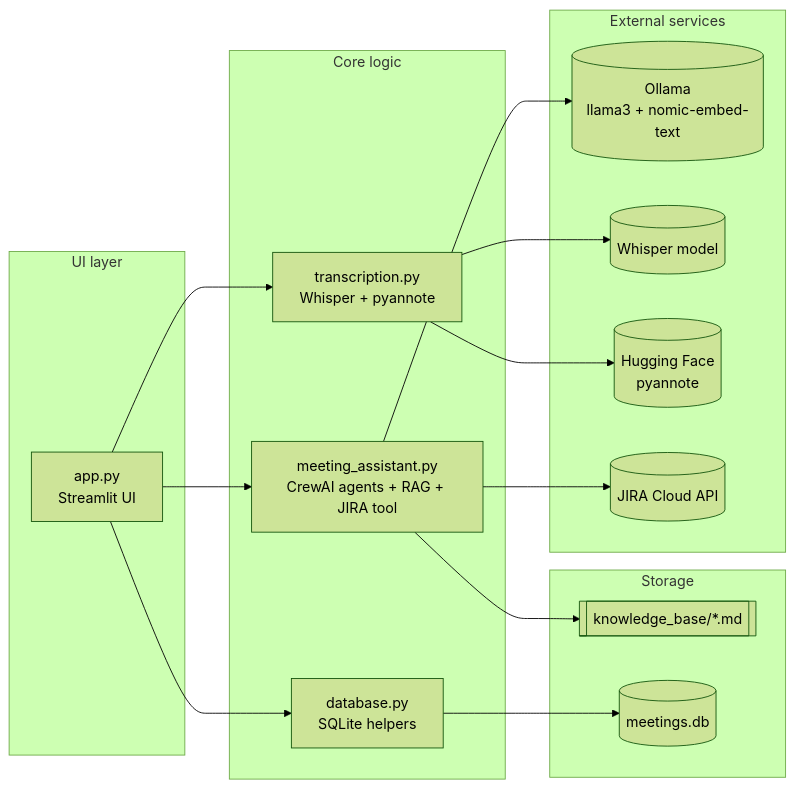
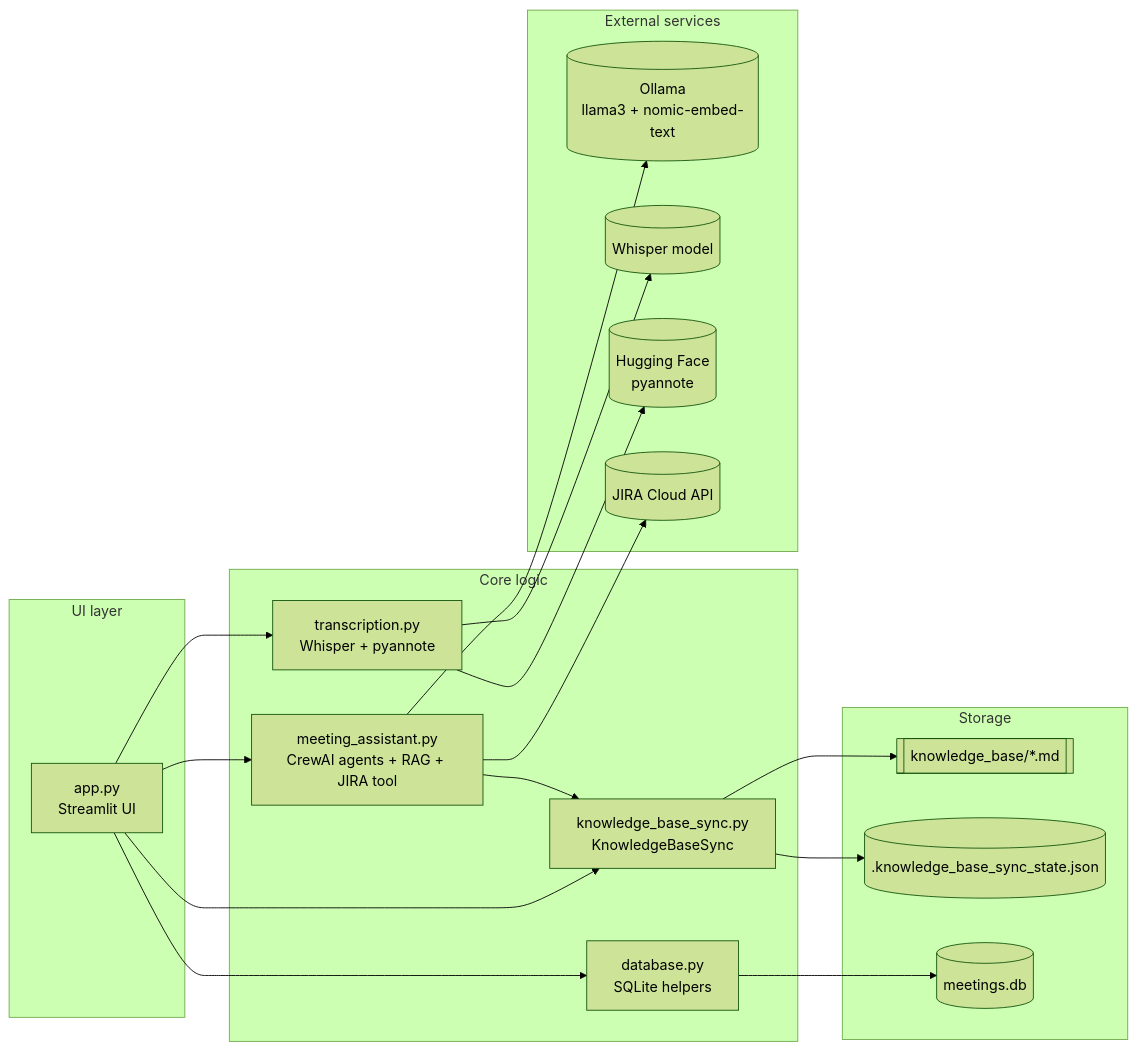
The third of 3 diagrams in README.md (goksungurel/Autonomous-JIRA-Meeting-Analysis-Assistant), drawn with Mermaid (forest theme) before and after one commit. The commit also changed other lines of this file and 15 other files, not shown here.

````diff
--- a/README.md
+++ b/README.md
@@ -98,31 +110,36 @@
 ```mermaid
 graph LR
     subgraph UI["UI layer"]
         APP["app.py<br/>Streamlit UI"]
     end
     subgraph CORE["Core logic"]
         MA["meeting_assistant.py<br/>CrewAI agents + RAG + JIRA tool"]
+        KBS["knowledge_base_sync.py<br/>KnowledgeBaseSync"]
         TR["transcription.py<br/>Whisper + pyannote"]
         DB["database.py<br/>SQLite helpers"]
     end
     subgraph EXT["External services"]
         OLLAMA[("Ollama<br/>llama3 + nomic-embed-text")]
         WHISPER[("Whisper model")]
         HF[("Hugging Face<br/>pyannote")]
         JIRA[("JIRA Cloud API")]
     end
     subgraph STORE["Storage"]
         KB[["knowledge_base/*.md"]]
+        STATE[(".knowledge_base_sync_state.json")]
         SQLITE[("meetings.db")]
     end
 
     APP --> MA
+    APP --> KBS
     APP --> TR
     APP --> DB
+    MA --> KBS
+    KBS --> KB
+    KBS --> STATE
     MA --> OLLAMA
-    MA --> KB
     MA --> JIRA
     TR --> WHISPER
     TR --> HF
     DB --> SQLITE
 ```
````
